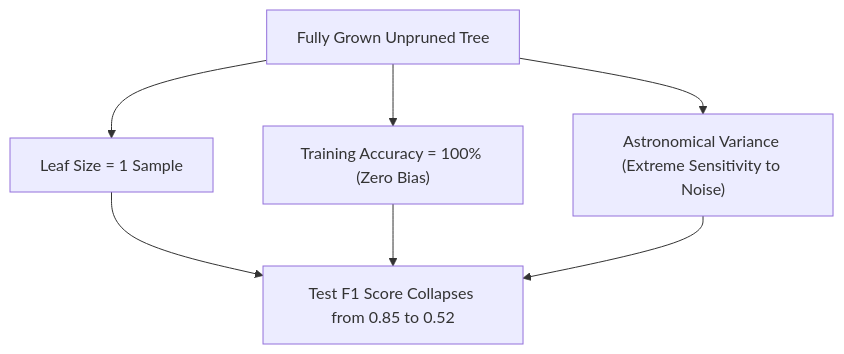
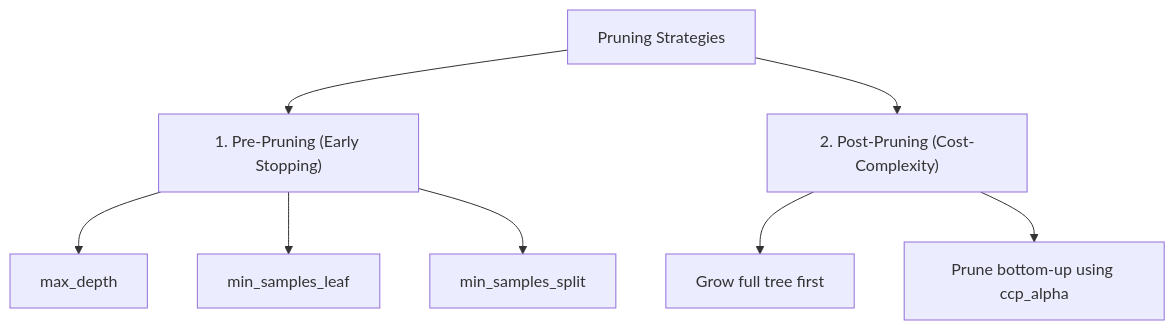
Before and after one commit to S1h2i3v4a/AI_ML: the diagram in lecture_28/Notes_28.07/README.md, drawn with Mermaid. The commit also changed other lines of this file and 59 other files, not shown here.

````diff
--- a/lecture_28/Notes_28.07/README.md
+++ b/lecture_28/Notes_28.07/README.md
@@ -14,10 +39,12 @@
 ```mermaid
 flowchart TD
-    A["Fully Grown Unpruned Tree"] --> B["Leaf Size = 1 Sample"]
-    A --> C["Training Accuracy = 100% (Zero Bias)"]
-    A --> D["Astronomical Variance (Extreme Sensitivity to Noise)"]
-    
-    B --> E["Generalization Catastrophe"]
-    C --> E
-    D --> E["Test F1 Score Collapses from 0.85 to 0.52"]
+P["Pruning Strategies"] --> Pre["1. Pre-Pruning (Early Stopping)"]
+P --> Post["2. Post-Pruning (Cost-Complexity)"]
+
+Pre --> Pre1["max_depth"]
+Pre --> Pre2["min_samples_leaf"]
+Pre --> Pre3["min_samples_split"]
+
+Post --> Post1["Grow full tree first"]
+Post --> Post2["Prune bottom-up using ccp_alpha"]
 ```
````
